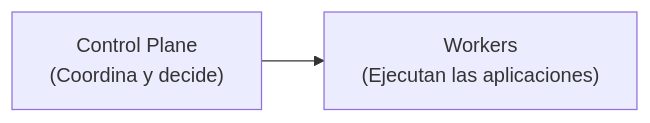
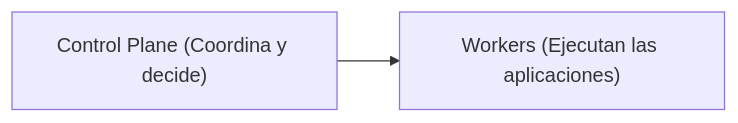
Before and after one commit to ieftraining/curso-openshift: the third of 5 diagrams in docs/sesion1/1.5 Arquitectura cluster.md, drawn with Mermaid. The commit also changed other lines of this file, not shown here.

````diff
--- a/docs/sesion1/1.5 Arquitectura cluster.md
+++ b/docs/sesion1/1.5 Arquitectura cluster.md
@@ -90,4 +90,4 @@
 ```mermaid
 flowchart LR
-    CP["Control Plane<br>(Coordina y decide)"] --> W["Workers<br>(Ejecutan las aplicaciones)"]
+    CP["Control Plane (Coordina y decide)"] --> W["Workers (Ejecutan las aplicaciones)"]
 ```
````
